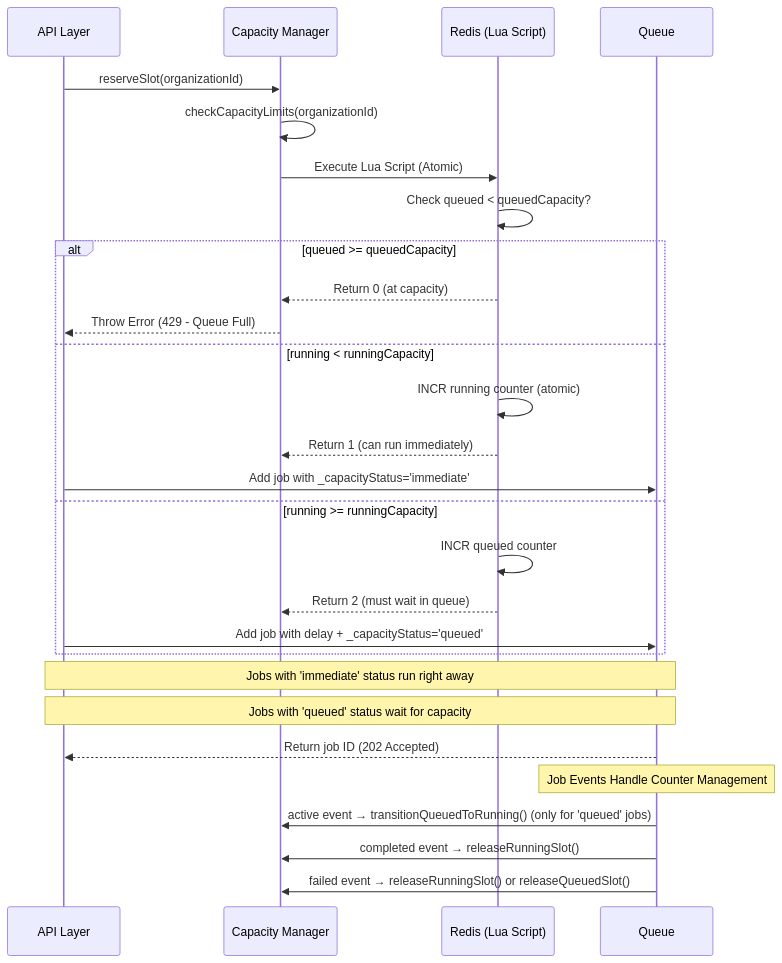
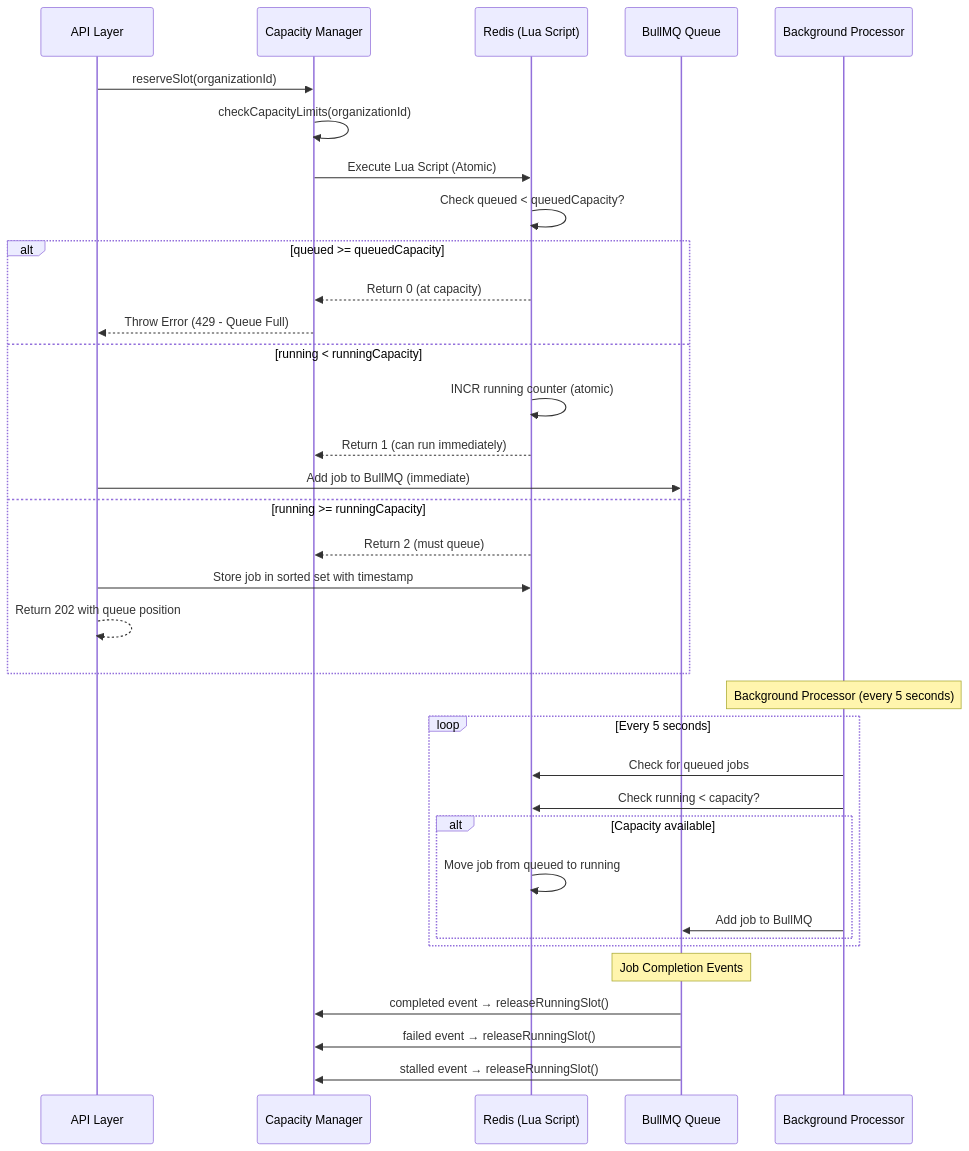
The sixth of 25 diagrams in docs/specs/03-execution/EXECUTION_SYSTEM.md (supercheck-io/supercheck), drawn with Mermaid before and after one commit. The commit also changed other lines of this file and 20 other files, not shown here.

Commit message:
feat: implement atomic job capacity enforcement using Redis Lua scripts for state transitions and update documentation.

````diff
--- a/docs/specs/03-execution/EXECUTION_SYSTEM.md
+++ b/docs/specs/03-execution/EXECUTION_SYSTEM.md
@@ -580,34 +620,41 @@
 ```mermaid
 sequenceDiagram
     participant API as API Layer
     participant CM as Capacity Manager
     participant Redis as Redis (Lua Script)
-    participant Queue as Queue
+    participant Queue as BullMQ Queue
+    participant Proc as Background Processor
 
     API->>CM: reserveSlot(organizationId)
     CM->>CM: checkCapacityLimits(organizationId)
     CM->>Redis: Execute Lua Script (Atomic)
     Redis->>Redis: Check queued < queuedCapacity?
     
     alt queued >= queuedCapacity
         Redis-->>CM: Return 0 (at capacity)
         CM-->>API: Throw Error (429 - Queue Full)
     else running < runningCapacity
         Redis->>Redis: INCR running counter (atomic)
         Redis-->>CM: Return 1 (can run immediately)
-        API->>Queue: Add job with _capacityStatus='immediate'
+        API->>Queue: Add job to BullMQ (immediate)
     else running >= runningCapacity
-        Redis->>Redis: INCR queued counter
-        Redis-->>CM: Return 2 (must wait in queue)
-        API->>Queue: Add job with delay + _capacityStatus='queued'
+        Redis-->>CM: Return 2 (must queue)
+        API->>Redis: Store job in sorted set with timestamp
+        API-->>API: Return 202 with queue position
     end
 
-    Note over API,Queue: Jobs with 'immediate' status run right away
-    Note over API,Queue: Jobs with 'queued' status wait for capacity
-    Queue-->>API: Return job ID (202 Accepted)
+    Note over Proc: Background Processor (every 5 seconds)
+    loop Every 5 seconds
+        Proc->>Redis: Check for queued jobs
+        Proc->>Redis: Check running < capacity?
+        alt Capacity available
+            Redis->>Redis: Move job from queued to running
+            Proc->>Queue: Add job to BullMQ
+        end
+    end
     
-    Note over Queue: Job Events Handle Counter Management
-    Queue->>CM: active event → transitionQueuedToRunning() (only for 'queued' jobs)
+    Note over Queue: Job Completion Events
     Queue->>CM: completed event → releaseRunningSlot()
-    Queue->>CM: failed event → releaseRunningSlot() or releaseQueuedSlot()
+    Queue->>CM: failed event → releaseRunningSlot()
+    Queue->>CM: stalled event → releaseRunningSlot()
 ```
````
